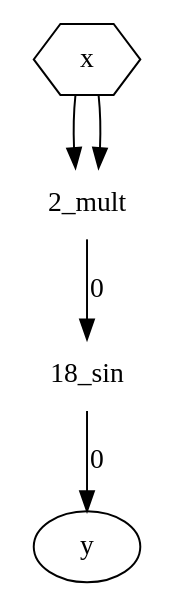
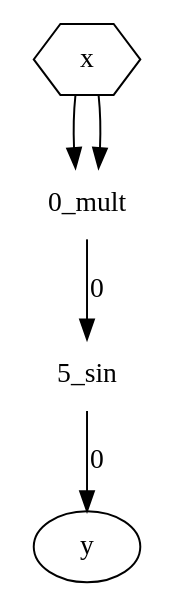
The diagram in best.dot (joaoMartinSaquet/pyCGP), drawn with Graphviz before and after one commit. The commit also changed 2 other files, not shown here.

```diff
--- a/best.dot
+++ b/best.dot
@@ -1,12 +1,12 @@
 digraph cgp {
 	size = "4,4";
 	y [shape=oval];
-	sin_18 -> y [label="0"];
-	sin_18 [label= "18_sin", shape=none];
-	mult_2 -> sin_18 [label="0"];
-	mult_2 [label= "2_mult", shape=none];
+	sin_5 -> y [label="0"];
+	sin_5 [label= "5_sin", shape=none];
+	mult_0 -> sin_5 [label="0"];
+	mult_0 [label= "0_mult", shape=none];
 	x [shape=polygon,sides=6];
-	x -> mult_2 [laN_COLSbel="0"];
+	x -> mult_0 [laN_COLSbel="0"];
 	x [shape=polygon,sides=6];
-	x -> mult_2 [laN_COLSbel="1"];
+	x -> mult_0 [laN_COLSbel="1"];
 }
```
